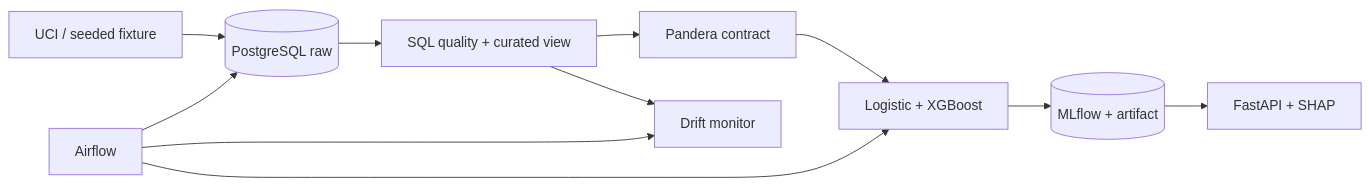
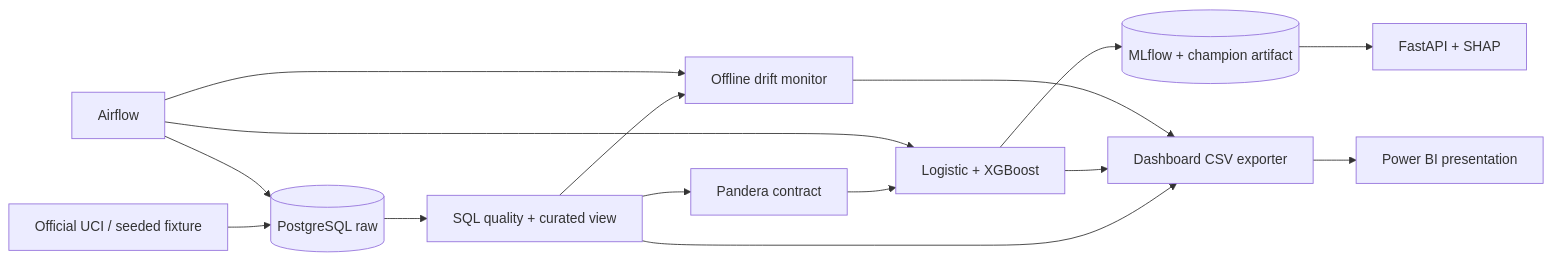
The diagram in README.md (saeedzns/riskml-platform), drawn with Mermaid before and after one commit. The commit also changed other lines of this file and 9 other files, not shown here.

````diff
--- a/README.md
+++ b/README.md
@@ -14,13 +18,17 @@
 ```mermaid
 flowchart LR
-  U[UCI / seeded fixture] --> P[(PostgreSQL raw)]
+  U[Official UCI / seeded fixture] --> P[(PostgreSQL raw)]
   P --> S[SQL quality + curated view]
   S --> V[Pandera contract]
   V --> M[Logistic + XGBoost]
-  M --> F[(MLflow + artifact)]
+  M --> F[(MLflow + champion artifact)]
   F --> API[FastAPI + SHAP]
-  S --> D[Drift monitor]
+  S --> D[Offline drift monitor]
+  S --> E[Dashboard CSV exporter]
+  M --> E
+  D --> E
+  E --> BI[Power BI presentation]
   A[Airflow] --> P
   A --> M
   A --> D
 ```
````
